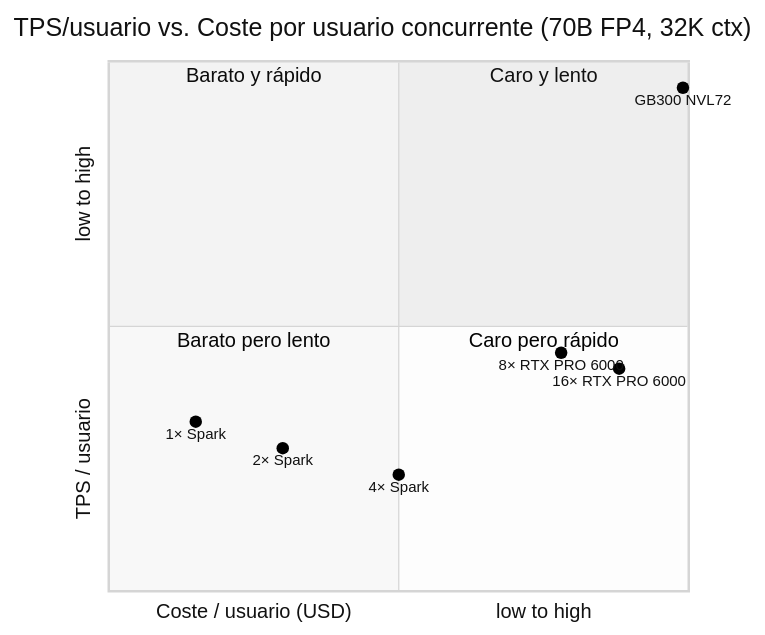
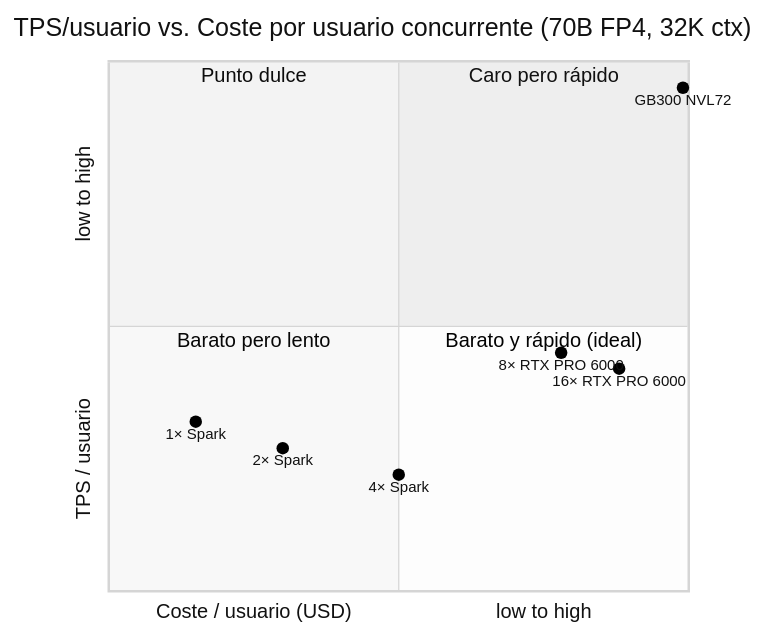
One commit to SIRGPrice/Spark-Ring-Comparable-Viability changed the fourth of 8 diagrams in README.md. Above: the diagram before and after it, drawn with Mermaid (neutral theme). The commit also changed other lines of this file, not shown here.

````diff
--- a/README.md
+++ b/README.md
@@ -827,16 +873,16 @@
 ```mermaid
 quadrantChart
     title TPS/usuario vs. Coste por usuario concurrente (70B FP4, 32K ctx)
     x-axis "Coste / usuario (USD)" --> low to high
     y-axis "TPS / usuario" --> low to high
-    quadrant-1 "Caro y lento"
-    quadrant-2 "Barato y rápido"
+    quadrant-1 "Caro pero rápido"
+    quadrant-2 "Punto dulce"
     quadrant-3 "Barato pero lento"
-    quadrant-4 "Caro pero rápido"
+    quadrant-4 "Barato y rápido (ideal)"
     "1× Spark": [0.15, 0.32]
     "2× Spark": [0.30, 0.27]
     "4× Spark": [0.50, 0.22]
     "8× RTX PRO 6000": [0.78, 0.45]
     "16× RTX PRO 6000": [0.88, 0.42]
     "GB300 NVL72": [0.99, 0.95]
 ```
````
